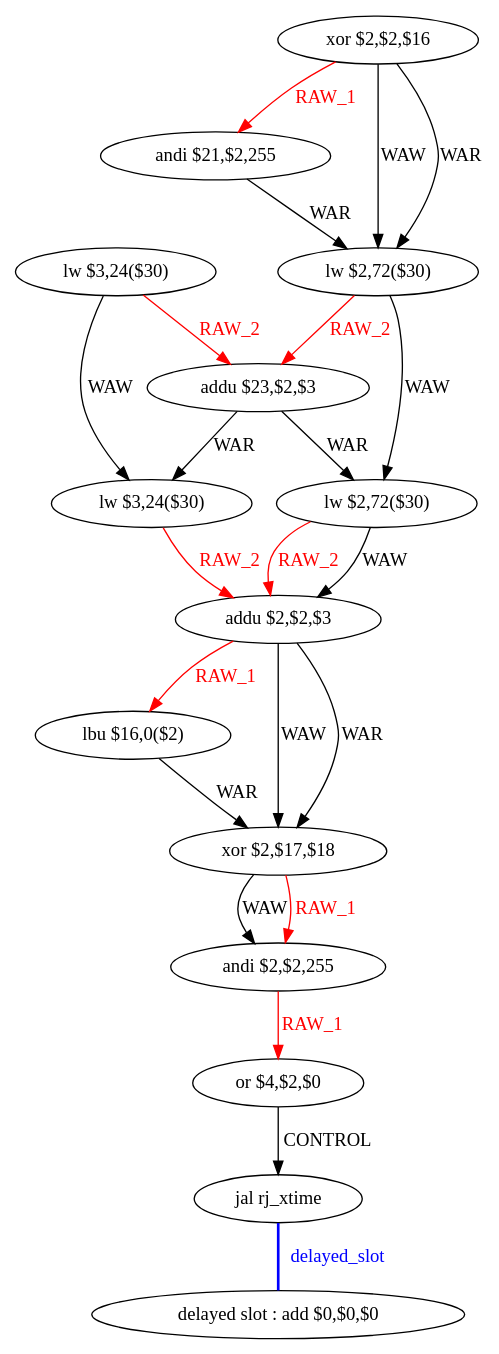
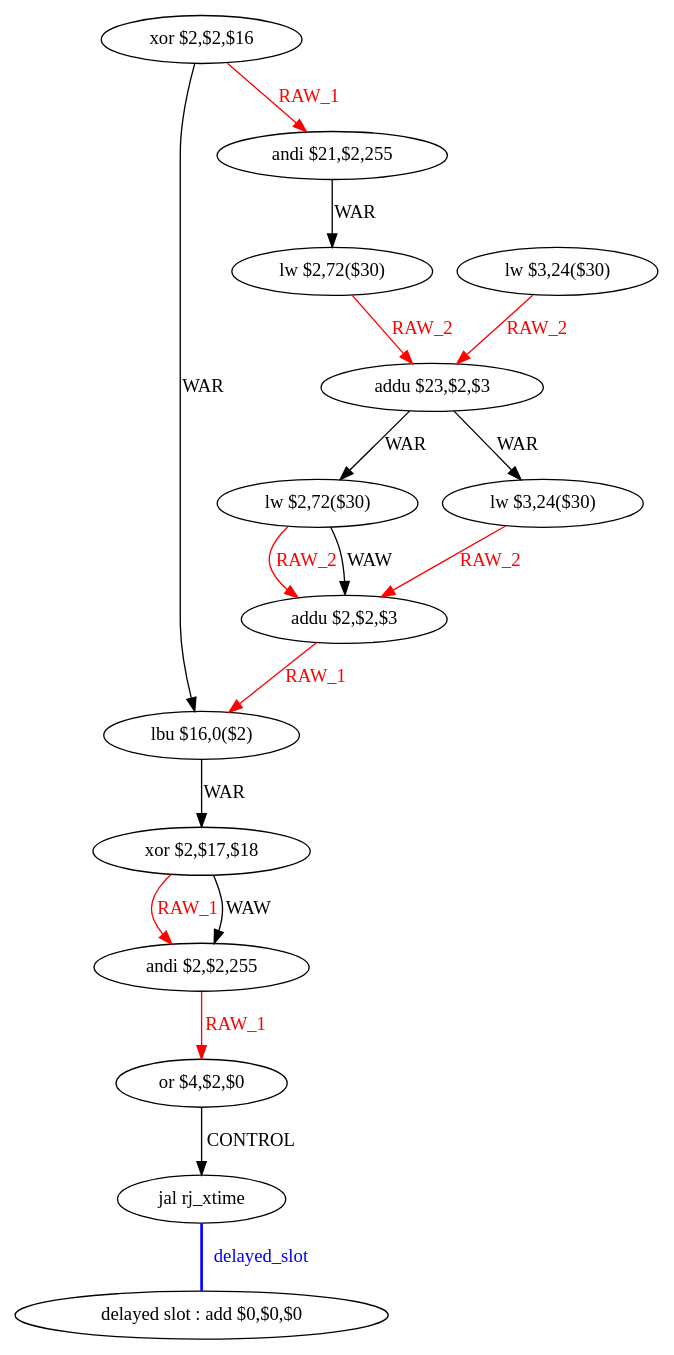
The diagram in CoursCA/CodeEtudiant2019/CodeEtudiant/tmp/aes_O0_func_8_dfg_bb6.dot (lisuxue/CA), drawn with Graphviz before and after one commit. The commit also changed 169 other files, not shown here.

```diff
--- a/CoursCA/CodeEtudiant2019/CodeEtudiant/tmp/aes_O0_func_8_dfg_bb6.dot
+++ b/CoursCA/CodeEtudiant2019/CodeEtudiant/tmp/aes_O0_func_8_dfg_bb6.dot
@@ -1,39 +1,34 @@
 digraph G1 {
 node [shape = ellipse];
 i13 [label = " delayed slot : add $0,$0,$0"] ;
 i12 ->  i13 [style = bold, dir= none, fontcolor = blue, color = blue, label= "delayed_slot"];
 i12 [label = "jal rj_xtime"] ;
 i0 [label = "xor $2,$2,$16"] ;
+i0 ->  i8 [label= "WAR"];
 i0 ->  i1 [color = red, fontcolor = red, label= "RAW_1"];
-i0 ->  i3 [label= "WAW"];
-i0 ->  i3 [label= "WAR"];
+i8 [label = "lbu $16,0($2)"] ;
+i8 ->  i9 [label= "WAR"];
+i9 [label = "xor $2,$17,$18"] ;
+i9 ->  i10 [color = red, fontcolor = red, label= "RAW_1"];
+i9 ->  i10 [label= "WAW"];
+i10 [label = "andi $2,$2,255"] ;
+i10 ->  i11 [color = red, fontcolor = red, label= "RAW_1"];
+i11 [label = "or $4,$2,$0"] ;
+i11 ->  i12 [label= "CONTROL"];
 i1 [label = "andi $21,$2,255"] ;
 i1 ->  i3 [label= "WAR"];
 i3 [label = "lw $2,72($30)"] ;
 i3 ->  i4 [color = red, fontcolor = red, label= "RAW_2"];
-i3 ->  i6 [label= "WAW"];
 i4 [label = "addu $23,$2,$3"] ;
+i4 ->  i6 [label= "WAR"];
 i4 ->  i5 [label= "WAR"];
-i4 ->  i6 [label= "WAR"];
+i6 [label = "lw $2,72($30)"] ;
+i6 ->  i7 [color = red, fontcolor = red, label= "RAW_2"];
+i6 ->  i7 [label= "WAW"];
+i7 [label = "addu $2,$2,$3"] ;
+i7 ->  i8 [color = red, fontcolor = red, label= "RAW_1"];
 i5 [label = "lw $3,24($30)"] ;
 i5 ->  i7 [color = red, fontcolor = red, label= "RAW_2"];
-i7 [label = "addu $2,$2,$3"] ;
-i7 ->  i8 [color = red, fontcolor = red, label= "RAW_1"];
-i7 ->  i9 [label= "WAW"];
-i7 ->  i9 [label= "WAR"];
-i8 [label = "lbu $16,0($2)"] ;
-i8 ->  i9 [label= "WAR"];
-i9 [label = "xor $2,$17,$18"] ;
-i9 ->  i10 [label= "WAW"];
-i9 ->  i10 [color = red, fontcolor = red, label= "RAW_1"];
-i10 [label = "andi $2,$2,255"] ;
-i10 ->  i11 [color = red, fontcolor = red, label= "RAW_1"];
-i11 [label = "or $4,$2,$0"] ;
-i11 ->  i12 [label= "CONTROL"];
-i6 [label = "lw $2,72($30)"] ;
-i6 ->  i7 [label= "WAW"];
-i6 ->  i7 [color = red, fontcolor = red, label= "RAW_2"];
 i2 [label = "lw $3,24($30)"] ;
 i2 ->  i4 [color = red, fontcolor = red, label= "RAW_2"];
-i2 ->  i5 [label= "WAW"];
 }
```
